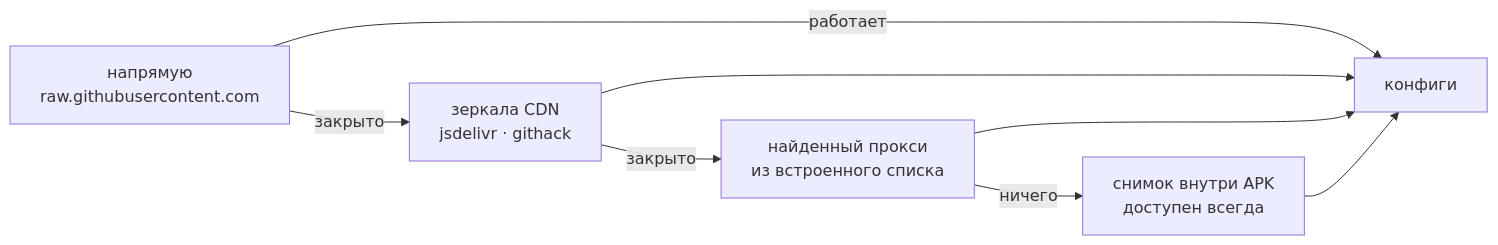
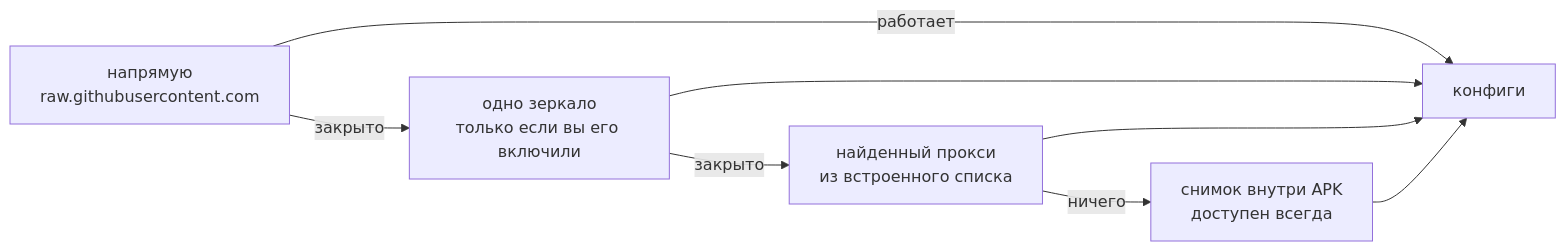
Before and after one commit to morpheusadam/v2rayV: the diagram in README.ru.md, drawn with Mermaid. The commit also changed other lines of this file and 3 other files, not shown here.

````diff
--- a/README.ru.md
+++ b/README.ru.md
@@ -101,10 +101,10 @@
 ```mermaid
 flowchart LR
-    A["напрямую<br/>raw.githubusercontent.com"] -->|закрыто| B["зеркала CDN<br/>jsdelivr · githack"]
+    A["напрямую<br/>raw.githubusercontent.com"] -->|закрыто| B["одно зеркало<br/>только если вы его включили"]
     B -->|закрыто| C["найденный прокси<br/>из встроенного списка"]
     C -->|ничего| D["снимок внутри APK<br/>доступен всегда"]
     A -->|работает| E["конфиги"]
     B --> E
     C --> E
     D --> E
 ```
````
